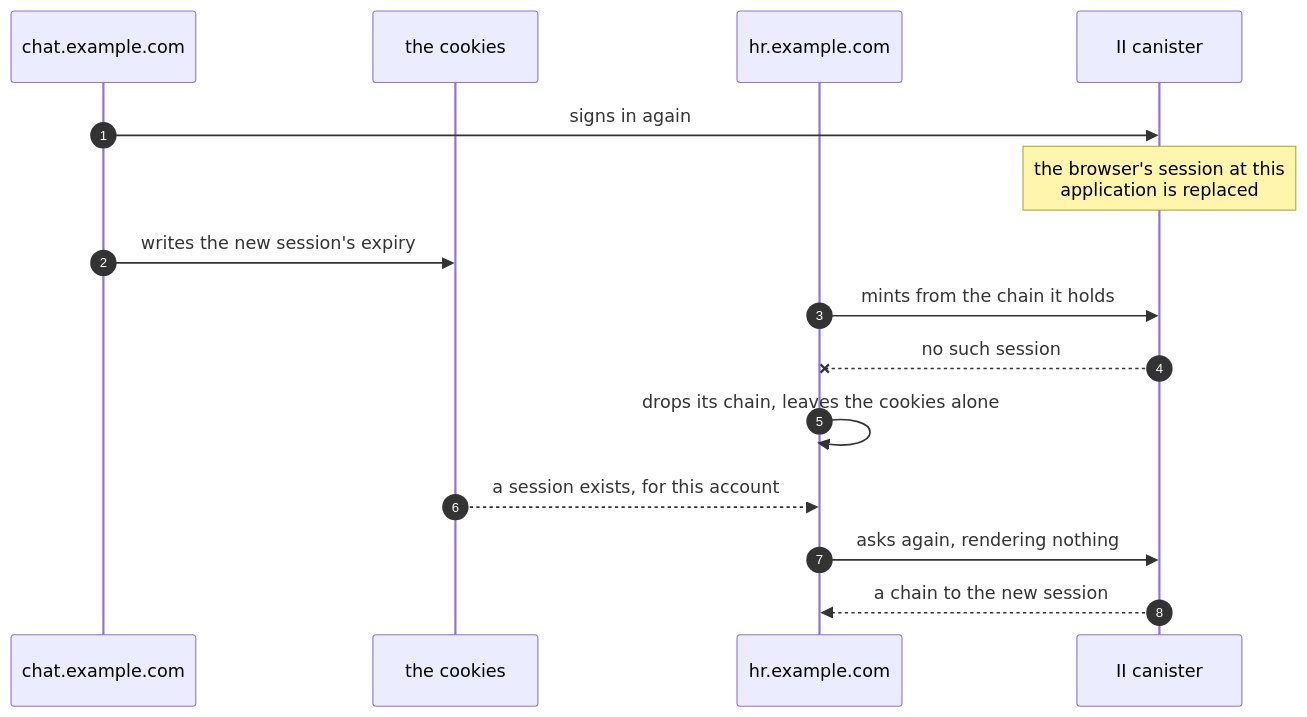
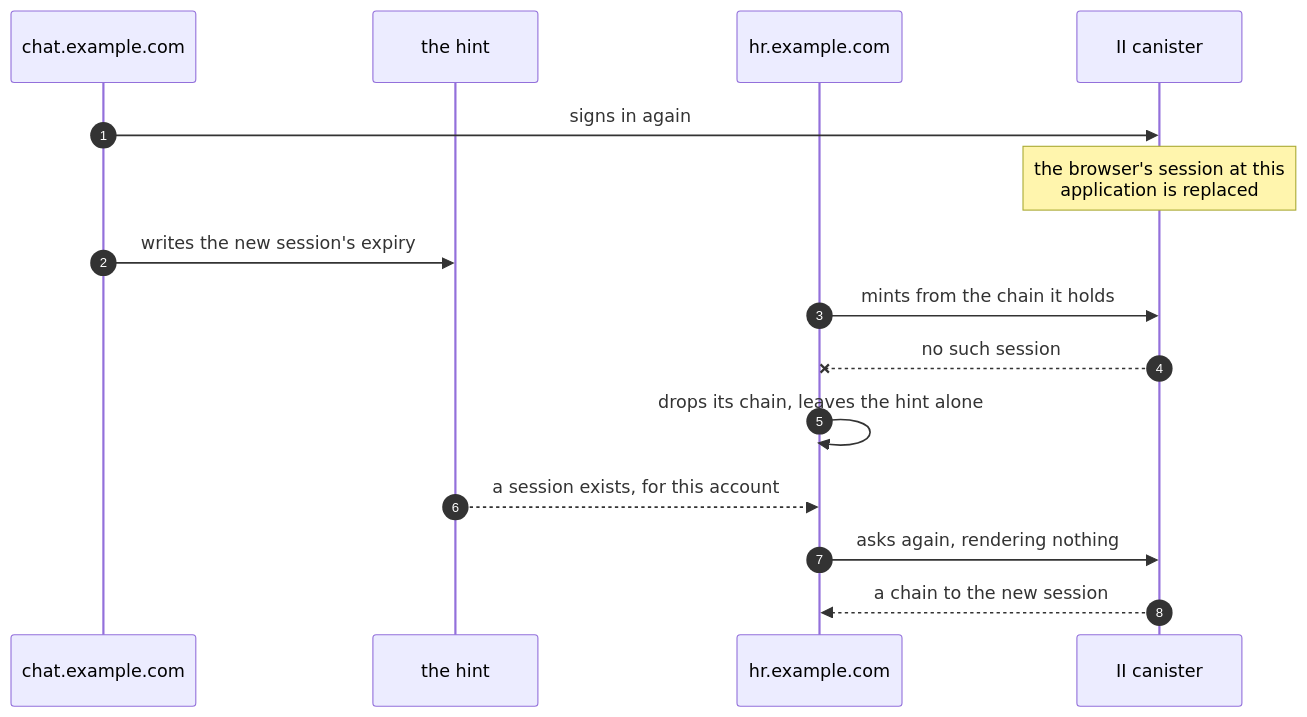
Before and after one commit to dfinity/internet-identity: the fifth of 5 diagrams in docs/ongoing/client-app-sessions.md, drawn with Mermaid. The commit also changed other lines of this file and 1 other file, not shown here.

First line of the commit message:
docs: one hint, held by its own leaf

````diff
--- a/docs/ongoing/client-app-sessions.md
+++ b/docs/ongoing/client-app-sessions.md
@@ -288,18 +288,18 @@
 ```mermaid
 sequenceDiagram
     autonumber
     participant chat as chat.example.com
-    participant hint as the cookies
+    participant hint as the hint
     participant hr as hr.example.com
     participant IIC as II canister
 
     chat->>IIC: signs in again
     Note over IIC: the browser's session at this<br/>application is replaced
     chat->>hint: writes the new session's expiry
     hr->>IIC: mints from the chain it holds
     IIC--xhr: no such session
-    hr->>hr: drops its chain, leaves the cookies alone
+    hr->>hr: drops its chain, leaves the hint alone
     hint-->>hr: a session exists, for this account
     hr->>IIC: asks again, rendering nothing
     IIC-->>hr: a chain to the new session
 ```
````
